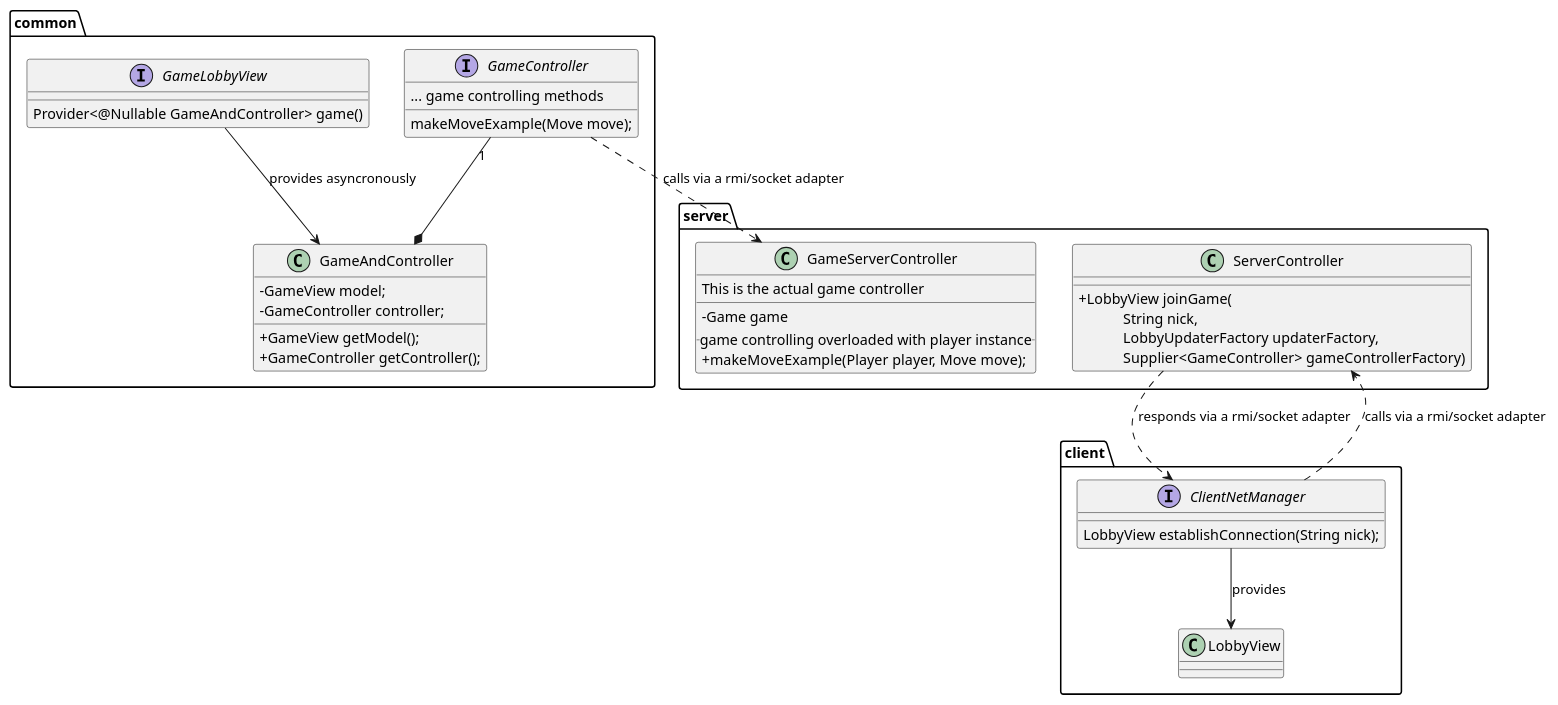
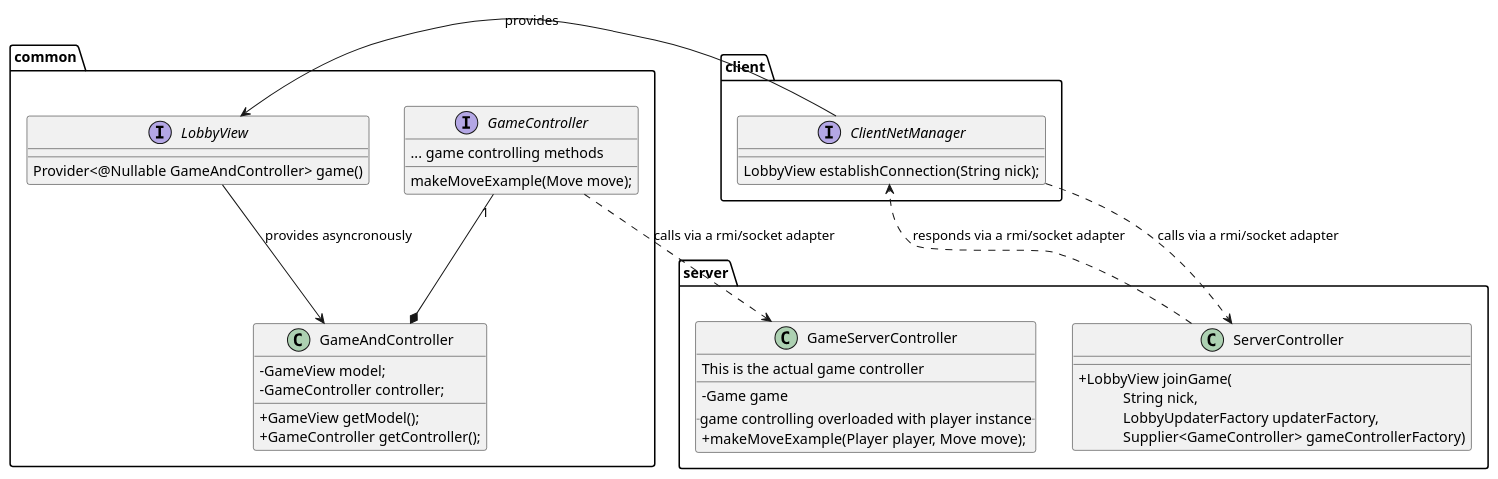
The diagram in docs/controller.puml (Furrrlo/my-shelfie), drawn with PlantUML before and after one commit. The commit also changed 5 other files, not shown here.

Commit message:
Replace all GameLobby occurences with Lobby

```diff
--- a/docs/controller.puml
+++ b/docs/controller.puml
@@ -1,54 +1,54 @@
 @startuml
 skinparam classAttributeIconSize 0
 
 package common {
-    interface GameLobbyView {
+    interface LobbyView {
         Provider<@Nullable GameAndController> game()
     }
 
-    GameLobbyView --> GameAndController : provides asyncronously
+    LobbyView --> GameAndController : provides asyncronously
     class GameAndController {
         - GameView model;
         - GameController controller;
 
         + GameView getModel();
         + GameController getController();
     }
 
     GameController "1" --* GameAndController
     interface GameController {
         ... game controlling methods
         makeMoveExample(Move move);
     }
 }
 
 package server {
     class ServerController {
         + LobbyView joinGame( \n\
             String nick, \n\
             LobbyUpdaterFactory updaterFactory, \n\
             Supplier<GameController> gameControllerFactory)
     }
 
     class GameServerController {
         This is the actual game controller
         __
         - Game game
         __ game controlling overloaded with player instance __
         + makeMoveExample(Player player, Move move);
     }
 }
 
 package client {
     interface ClientNetManager {
         LobbyView establishConnection(String nick);
     }
 
     ClientNetManager --> LobbyView : provides
 }
 
 ClientNetManager ..> ServerController : calls via a rmi/socket adapter
 ServerController ..> ClientNetManager : responds via a rmi/socket adapter
 GameController ..> GameServerController : calls via a rmi/socket adapter
 
 @enduml
```
